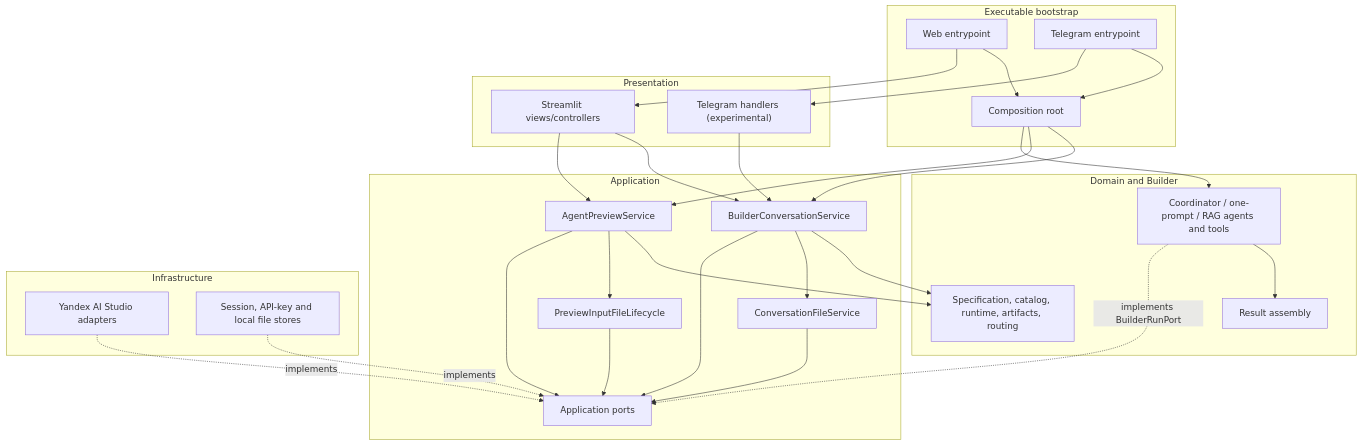
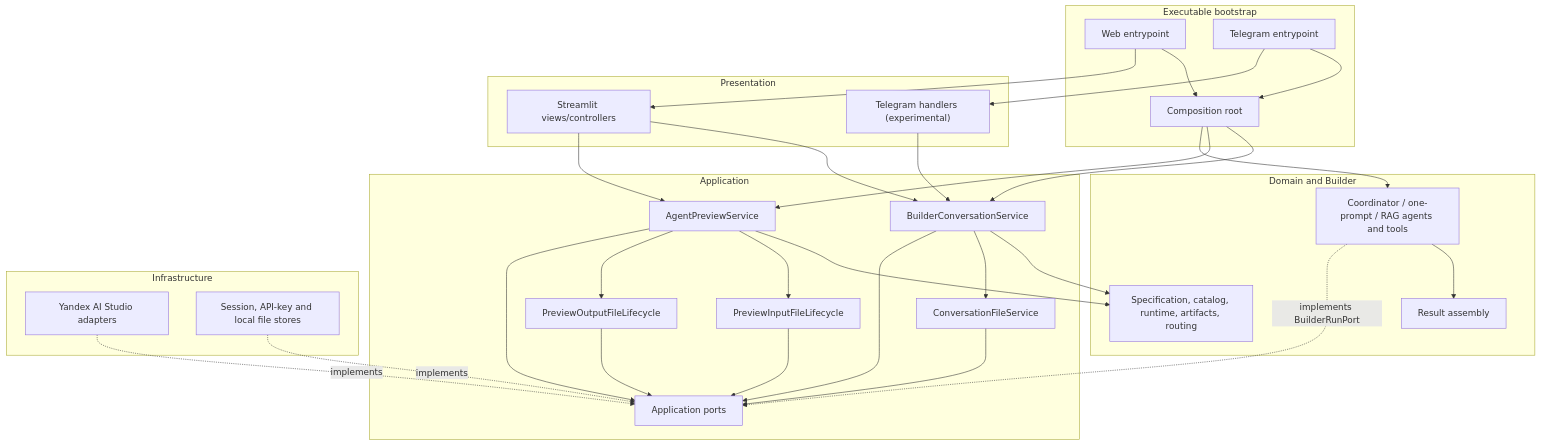
Before and after one commit to krevetka-is-afk/llm-agent-for-ai-studio: the diagram in docs/architecture/container-view.md, drawn with Mermaid. The commit also changed 25 other files, not shown here.

````diff
--- a/docs/architecture/container-view.md
+++ b/docs/architecture/container-view.md
@@ -5,55 +5,58 @@
 ```mermaid
 flowchart TB
     subgraph bootstrap["Executable bootstrap"]
         web_entry["Web entrypoint"]
         telegram_entry["Telegram entrypoint"]
         composition["Composition root"]
     end
 
     subgraph presentation["Presentation"]
         web["Streamlit views/controllers"]
         telegram["Telegram handlers (experimental)"]
     end
 
     subgraph application["Application"]
         builder_service["BuilderConversationService"]
         preview_service["AgentPreviewService"]
         conversation_files["ConversationFileService"]
         preview_input_files["PreviewInputFileLifecycle"]
+        preview_output_files["PreviewOutputFileLifecycle"]
         ports["Application ports"]
     end
 
     subgraph core["Domain and Builder"]
         domain["Specification, catalog, runtime, artifacts, routing"]
         agents["Coordinator / one-prompt / RAG agents and tools"]
         assembly["Result assembly"]
     end
 
     subgraph infrastructure["Infrastructure"]
         yandex["Yandex AI Studio adapters"]
         persistence["Session, API-key and local file stores"]
     end
 
     web_entry --> composition
     web_entry --> web
     telegram_entry --> composition
     telegram_entry --> telegram
     composition --> builder_service
     composition --> preview_service
     composition --> agents
     web --> builder_service
     web --> preview_service
     telegram --> builder_service
     builder_service --> domain
     preview_service --> domain
     preview_service --> preview_input_files
+    preview_service --> preview_output_files
     builder_service --> conversation_files
     builder_service --> ports
     preview_service --> ports
     conversation_files --> ports
     preview_input_files --> ports
+    preview_output_files --> ports
     agents --> assembly
     agents -. "implements BuilderRunPort" .-> ports
     yandex -. "implements" .-> ports
     persistence -. "implements" .-> ports
 ```
````
